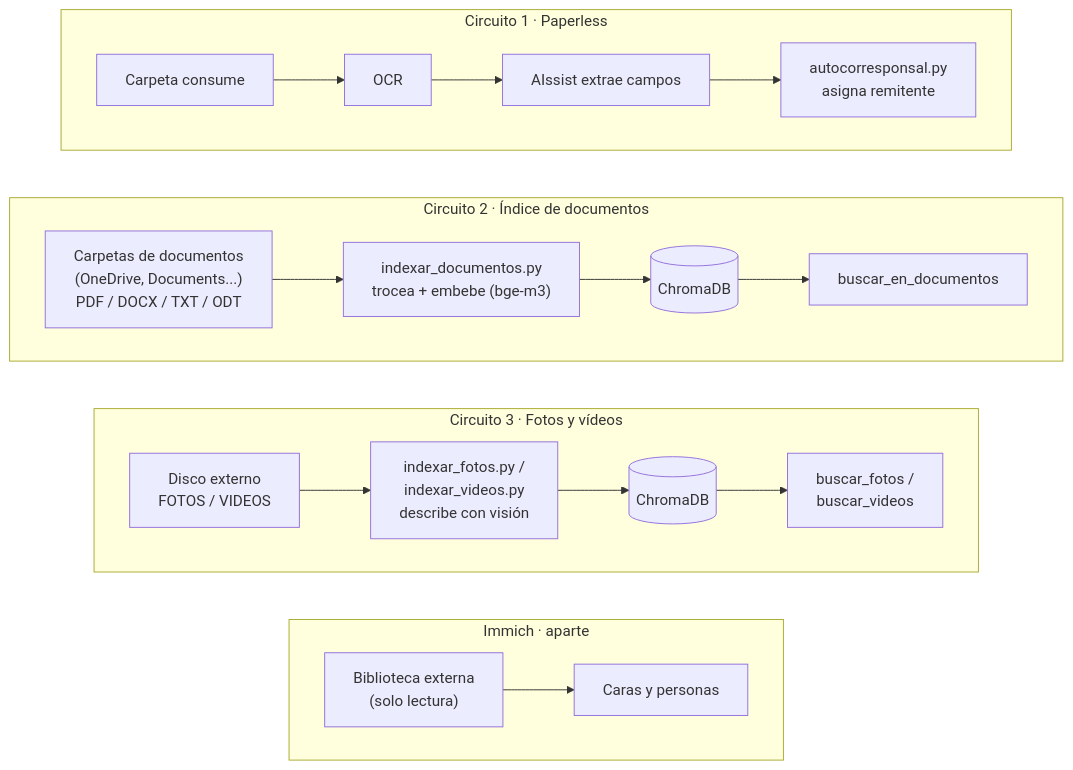
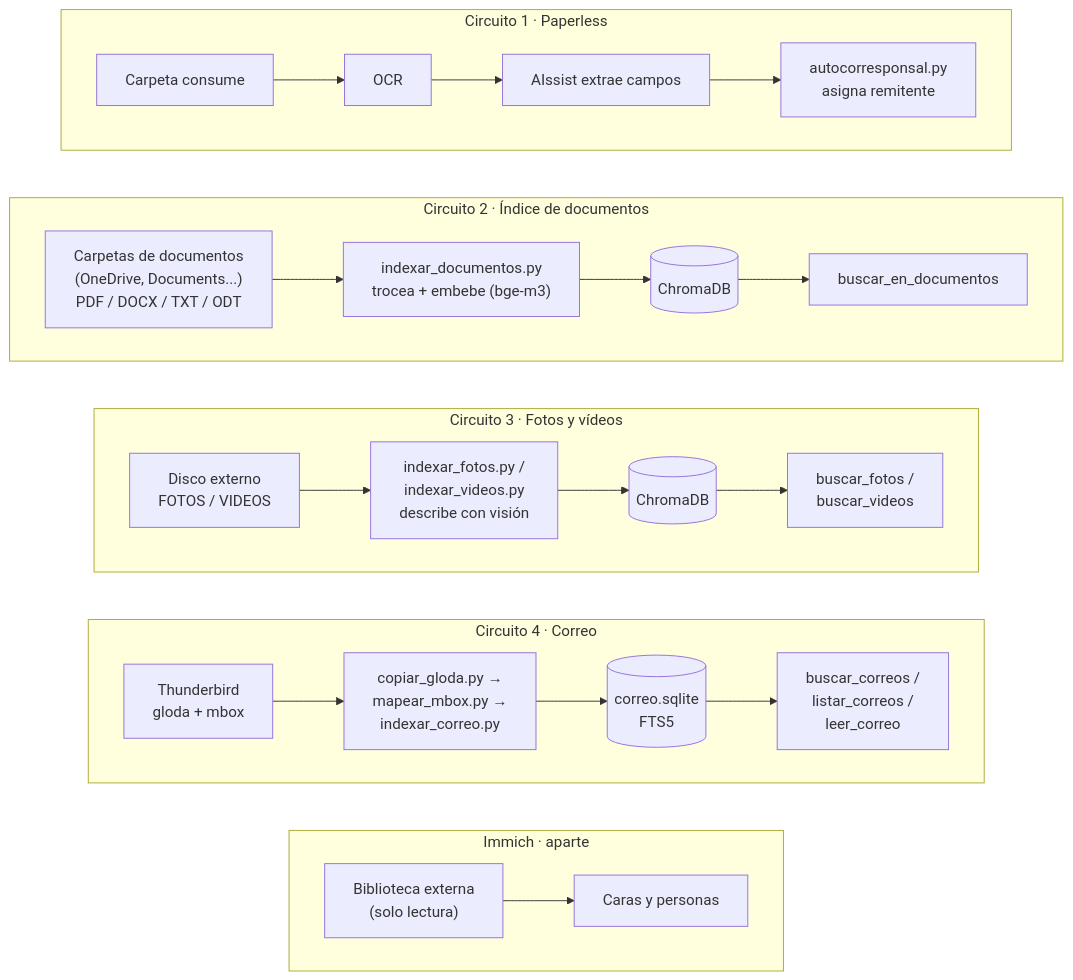
The second of 2 diagrams in README.md (fwinchi/ia-local-casa), drawn with Mermaid before and after one commit. The commit also changed other lines of this file, not shown here.

Commit message:
README: documentar circuito de correo en secciones 3 y 5

````diff
--- a/README.md
+++ b/README.md
@@ -135,26 +135,32 @@
 ```mermaid
 flowchart TB
     subgraph C1["Circuito 1 · Paperless"]
         direction LR
         A1["Carpeta consume"] --> A2["OCR"] --> A3["AIssist extrae campos"] --> A4["autocorresponsal.py<br>asigna remitente"]
     end
 
     subgraph C2["Circuito 2 · Índice de documentos"]
         direction LR
         B1["Carpetas de documentos<br>(OneDrive, Documents...)<br>PDF / DOCX / TXT / ODT"] --> B2["indexar_documentos.py<br>trocea + embebe (bge-m3)"] --> B3[(ChromaDB)]
         B3 --> B4["buscar_en_documentos"]
     end
 
     subgraph C3["Circuito 3 · Fotos y vídeos"]
         direction LR
         D1["Disco externo<br>FOTOS / VIDEOS"] --> D2["indexar_fotos.py /<br>indexar_videos.py<br>describe con visión"] --> D3[(ChromaDB)]
         D3 --> D4["buscar_fotos /<br>buscar_videos"]
     end
 
+    subgraph C5["Circuito 4 · Correo"]
+        direction LR
+        F1["Thunderbird<br>gloda + mbox"] --> F2["copiar_gloda.py →<br>mapear_mbox.py →<br>indexar_correo.py"] --> F3[("correo.sqlite<br>FTS5")]
+        F3 --> F4["buscar_correos /<br>listar_correos /<br>leer_correo"]
+    end
+
     subgraph C4["Immich · aparte"]
         direction LR
         E1["Biblioteca externa<br>(solo lectura)"] --> E2["Caras y personas"]
     end
 
-    C1 ~~~ C2 ~~~ C3 ~~~ C4
+    C1 ~~~ C2 ~~~ C3 ~~~ C5 ~~~ C4
 ```
````
